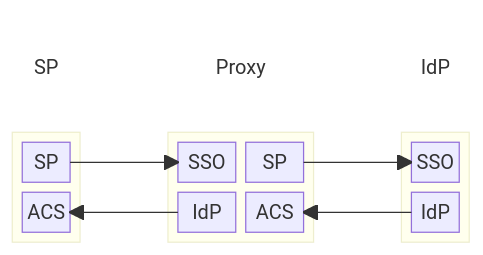
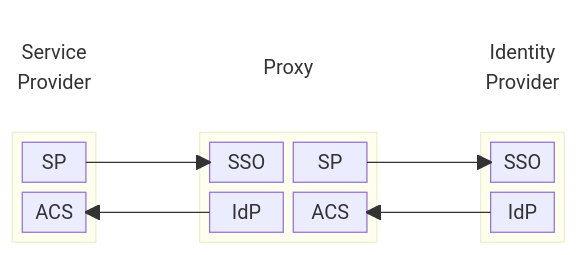
One commit to mikehadlow/samlproxy changed the first of 2 diagrams in README.md. Above: the diagram before and after it, drawn with Mermaid.

Commit message:
block spacing

````diff
--- a/README.md
+++ b/README.md
@@ -6,47 +6,47 @@
 ```mermaid
 block-beta
 columns 6
 
     %% Headers
-    h1["SP"]
+    h1["Service<br/>Provider"]
     space
     h2["Proxy"]:2
     space
-    h3["IdP"]
+    h3["Identity<br/>Provider"]
 
     style h1 fill:none,stroke:none
     style h2 fill:none,stroke:none
     style h3 fill:none,stroke:none
 
     %% Service Provider
     block:a
     columns 1
       a1["SP"]
       a2["ACS"]
     end
 
     space:1
 
     %% Proxy
     block:b:2
     columns 2
       b1["SSO"]
       b2["SP"]
       b3["IdP"]
       b4["ACS"]
     end
 
     space:1
 
     %% IdP
     block:c
     columns 1
       c1["SSO"]
       c2{"IdP"]
     end
 
     a1-->b1
     b2-->c1
     c2-->b4
     b3-->a2
 ```
````
